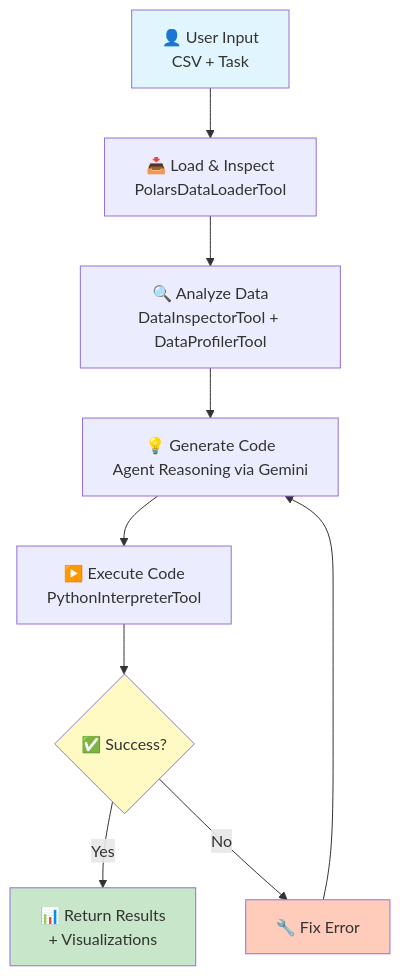
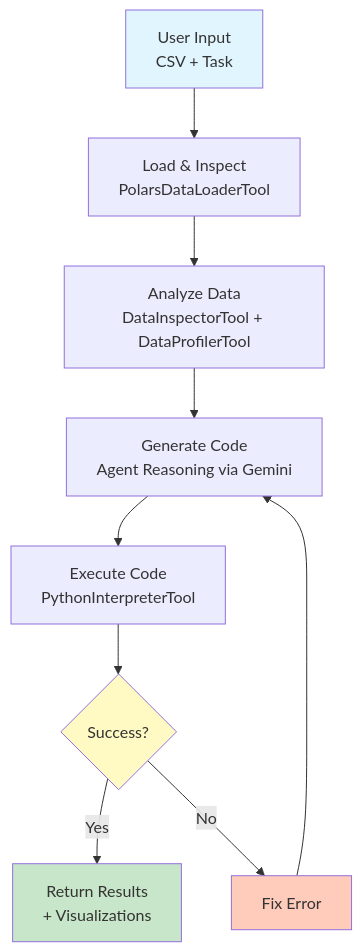
The diagram in README.md (Ioannis-Stamatakis/polars-analyst-agent), drawn with Mermaid before and after one commit. The commit also changed other lines of this file, not shown here.

````diff
--- a/README.md
+++ b/README.md
@@ -197,16 +103,16 @@
 ```mermaid
 graph TB
-    A[👤 User Input<br/>CSV + Task] --> B[📥 Load & Inspect<br/>PolarsDataLoaderTool]
-    B --> C[🔍 Analyze Data<br/>DataInspectorTool + DataProfilerTool]
-    C --> D[💡 Generate Code<br/>Agent Reasoning via Gemini]
-    D --> E[▶️ Execute Code<br/>PythonInterpreterTool]
-    E --> F{✅ Success?}
-    F -->|Yes| G[📊 Return Results<br/>+ Visualizations]
-    F -->|No| H[🔧 Fix Error]
+    A[User Input<br/>CSV + Task] --> B[Load & Inspect<br/>PolarsDataLoaderTool]
+    B --> C[Analyze Data<br/>DataInspectorTool + DataProfilerTool]
+    C --> D[Generate Code<br/>Agent Reasoning via Gemini]
+    D --> E[Execute Code<br/>PythonInterpreterTool]
+    E --> F{Success?}
+    F -->|Yes| G[Return Results<br/>+ Visualizations]
+    F -->|No| H[Fix Error]
     H --> D
 
     style A fill:#e1f5ff
     style G fill:#c8e6c9
     style F fill:#fff9c4
     style H fill:#ffccbc
 ```
````
